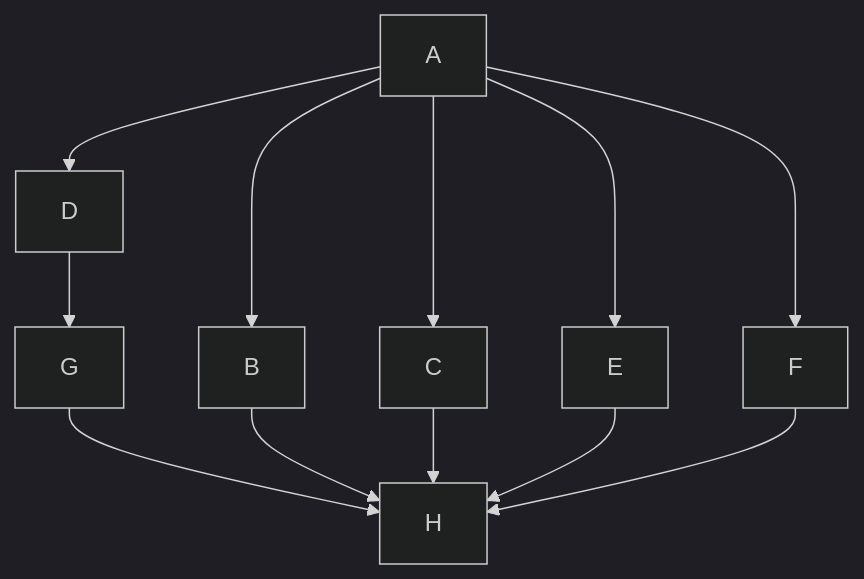
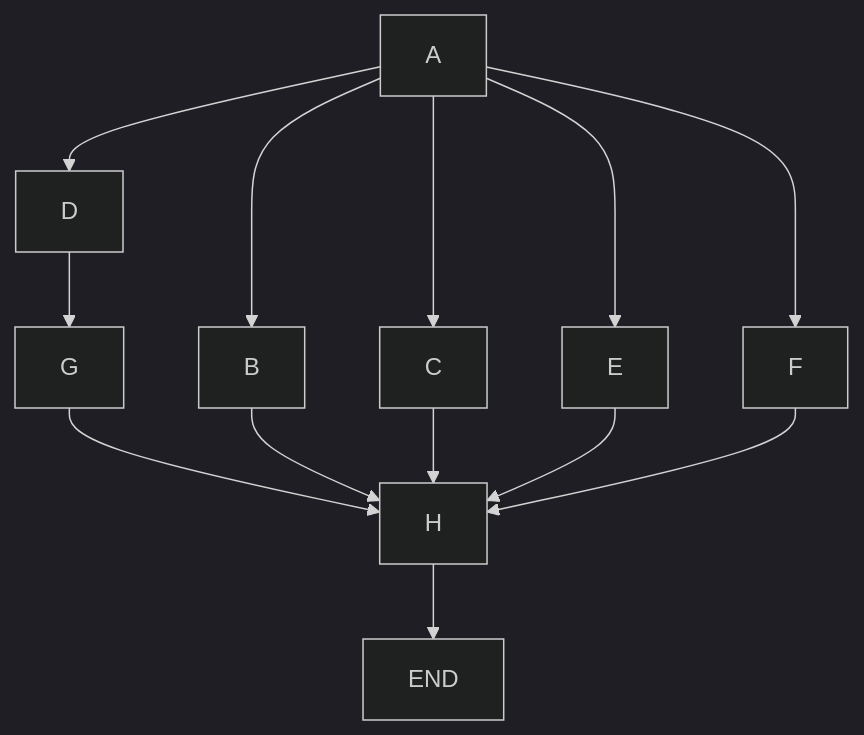
One commit to Thesacraft/Time changed the diagram in docs/TODOLIST.md. Above: the diagram before and after it, drawn with Mermaid (dark theme).

````diff
--- a/docs/TODOLIST.md
+++ b/docs/TODOLIST.md
@@ -17,14 +17,15 @@
 ```mermaid
 graph TD;
     A-->B;
     A-->C;
     A-->D;
     A-->E;
     A-->F;
     D-->G;
     G-->H;
     B-->H;
     C-->H;
     E-->H;
     F-->H;
+    H-->END;
  ```
````
